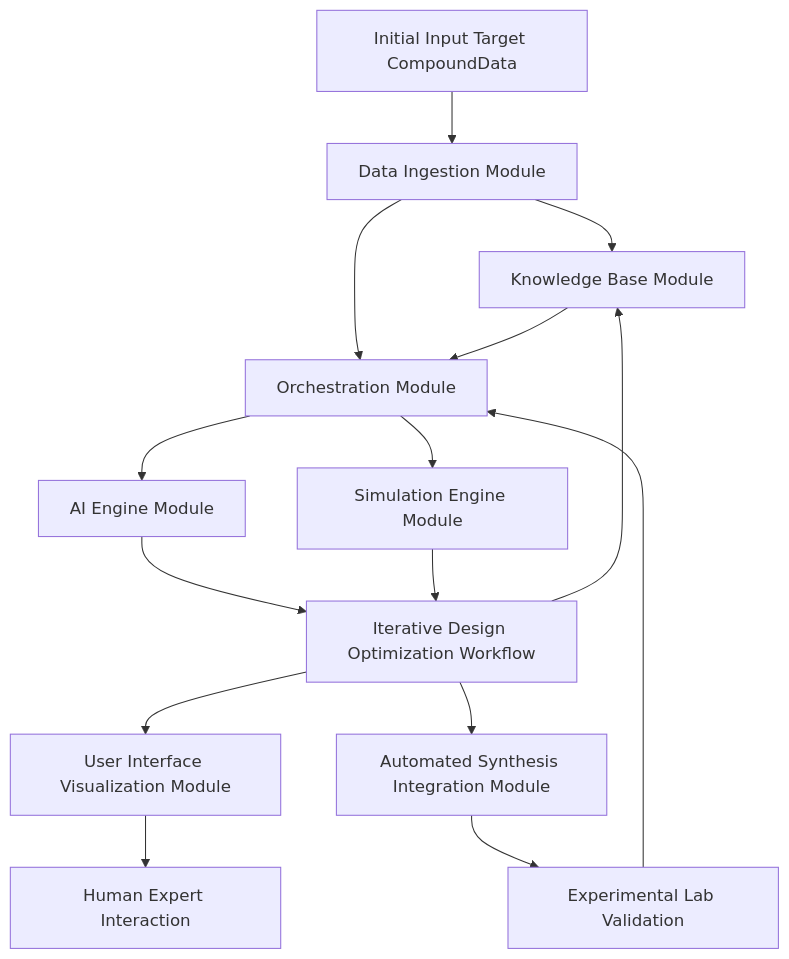
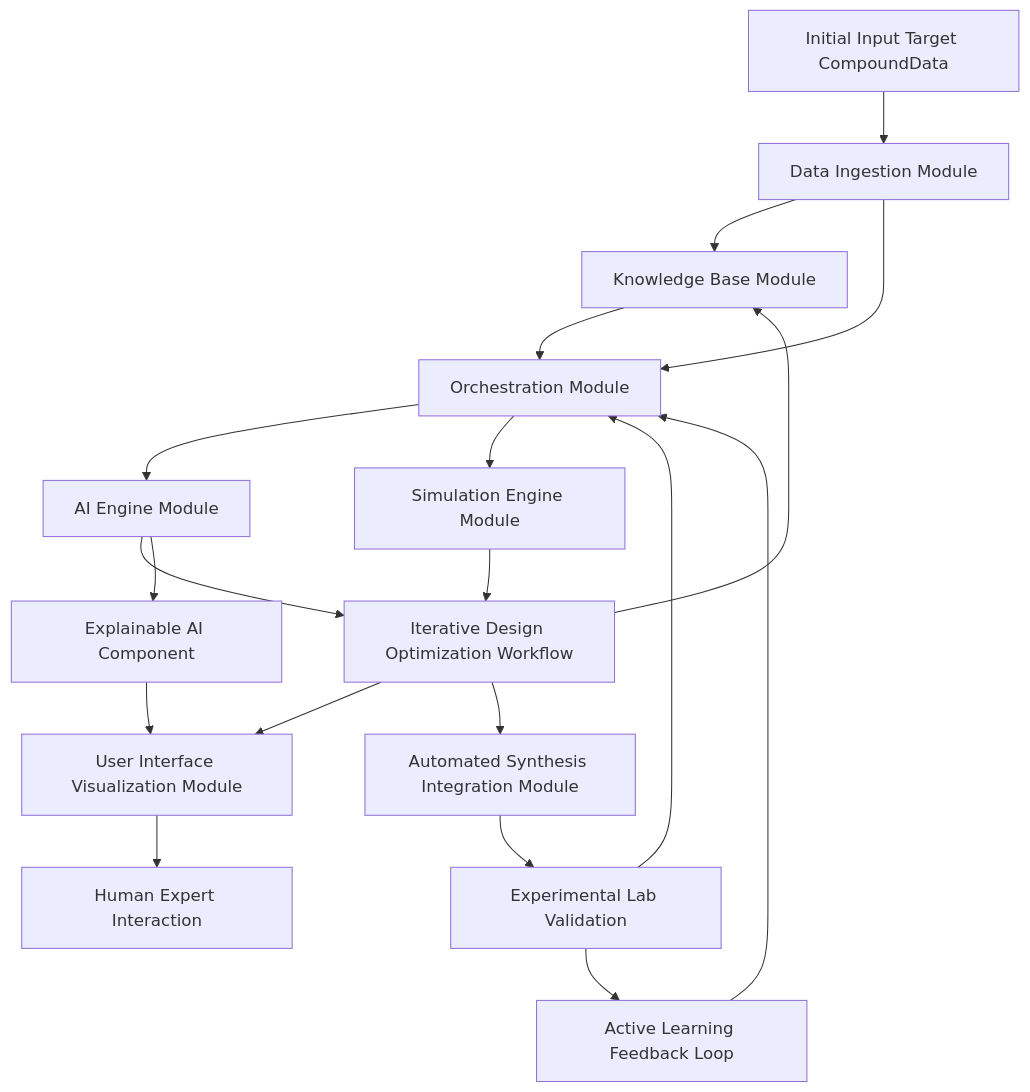
One commit to diplomat-bit/Citibank_Demo_Business_Inc_Demonstration- changed the first of 10 diagrams in inventions/075_ai_drug_discovery_simulation.md. Above: the diagram before and after it, drawn with Mermaid. The commit also changed other lines of this file, not shown here.

````diff
--- a/inventions/075_ai_drug_discovery_simulation.md
+++ b/inventions/075_ai_drug_discovery_simulation.md
@@ -137,17 +220,21 @@
 ```mermaid
 graph TD
     A[Initial Input Target CompoundData] --> B[Data Ingestion Module]
     B --> C[Knowledge Base Module]
     B --> D[Orchestration Module]
     C --> D
     D --> E[AI Engine Module]
     D --> F[Simulation Engine Module]
     E --> G[Iterative Design Optimization Workflow]
     F --> G
     G --> H[User Interface Visualization Module]
     G --> C
     G --> I[Automated Synthesis Integration Module]
     I --> J[Experimental Lab Validation]
     J --> D
     H --> User[Human Expert Interaction]
+    J --> M[Active Learning Feedback Loop]
+    M --> D
+    E --> N[Explainable AI Component]
+    N --> H
 ```
````
